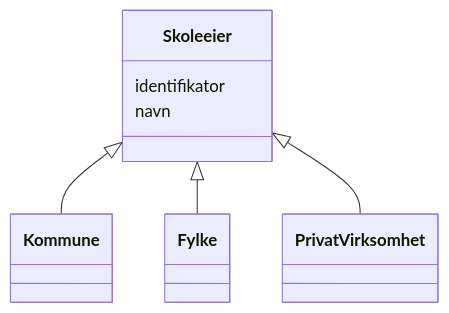
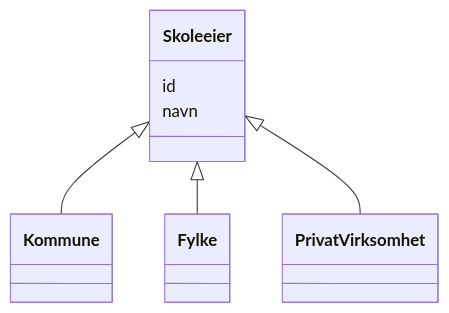
The diagram in mkdocs/docs/samt/samt-bu/klasser/skoleeier.md (brreg/linkml-w3c-no-profiles), drawn with Mermaid before and after one commit. The commit also changed other lines of this file and 541 other files, not shown here.

````diff
--- a/mkdocs/docs/samt/samt-bu/klasser/skoleeier.md
+++ b/mkdocs/docs/samt/samt-bu/klasser/skoleeier.md
@@ -20,17 +20,17 @@
 ```mermaid
  classDiagram
     class Skoleeier
     click Skoleeier href "../Skoleeier/"
       Skoleeier <|-- Kommune
         click Kommune href "../Kommune/"
       Skoleeier <|-- Fylke
         click Fylke href "../Fylke/"
       Skoleeier <|-- PrivatVirksomhet
         click PrivatVirksomhet href "../PrivatVirksomhet/"
       
-      Skoleeier : identifikator
+      Skoleeier : id
         
       Skoleeier : navn
         
       
 ```
````
